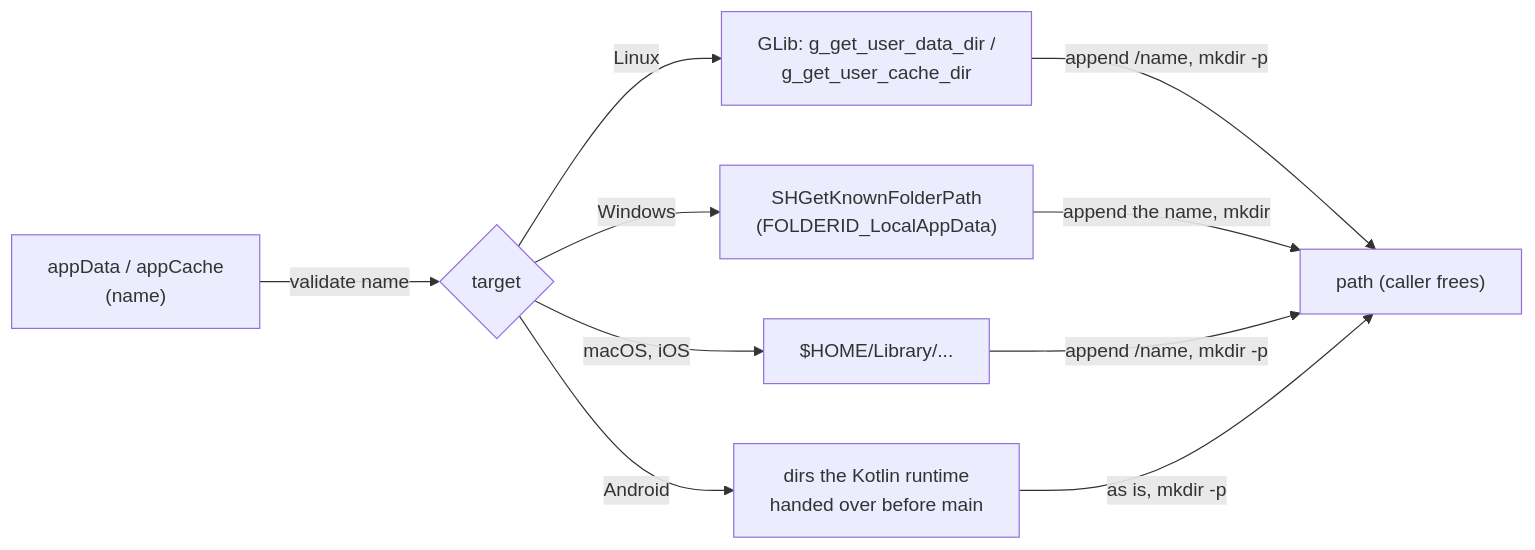
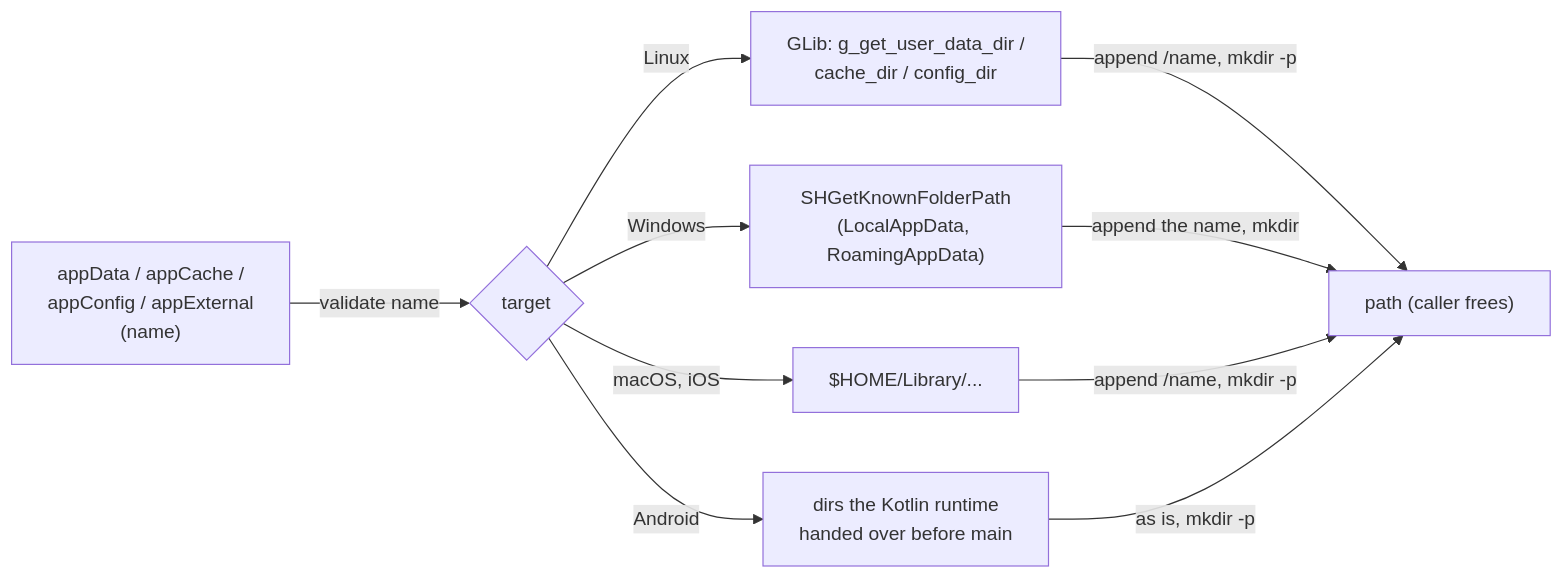
Before and after one commit to highercomve/Oriel: the diagram in docs/paths.md, drawn with Mermaid. The commit also changed other lines of this file and 28 other files, not shown here.

First line of the commit message:
Docs: oriel.paths appConfig and appExternal; deep links on pending_events; removed internals, with Migrating notes

````diff
--- a/docs/paths.md
+++ b/docs/paths.md
@@ -63,12 +72,12 @@
 ```mermaid
 flowchart LR
-  App["appData / appCache<br/>(name)"] -->|"validate name"| Check{"target"}
-  Check -->|"Linux"| GLib["GLib: g_get_user_data_dir /<br/>g_get_user_cache_dir"]
-  Check -->|"Windows"| KF["SHGetKnownFolderPath<br/>(FOLDERID_LocalAppData)"]
+  App["appData / appCache /<br/>appConfig / appExternal<br/>(name)"] -->|"validate name"| Check{"target"}
+  Check -->|"Linux"| GLib["GLib: g_get_user_data_dir /<br/>cache_dir / config_dir"]
+  Check -->|"Windows"| KF["SHGetKnownFolderPath<br/>(LocalAppData, RoamingAppData)"]
   Check -->|"macOS, iOS"| Home["$HOME/Library/..."]
   Check -->|"Android"| Rt["dirs the Kotlin runtime<br/>handed over before main"]
   GLib -->|"append /name, mkdir -p"| Out["path (caller frees)"]
   KF -->|"append the name, mkdir"| Out
   Home -->|"append /name, mkdir -p"| Out
   Rt -->|"as is, mkdir -p"| Out
 ```
````
